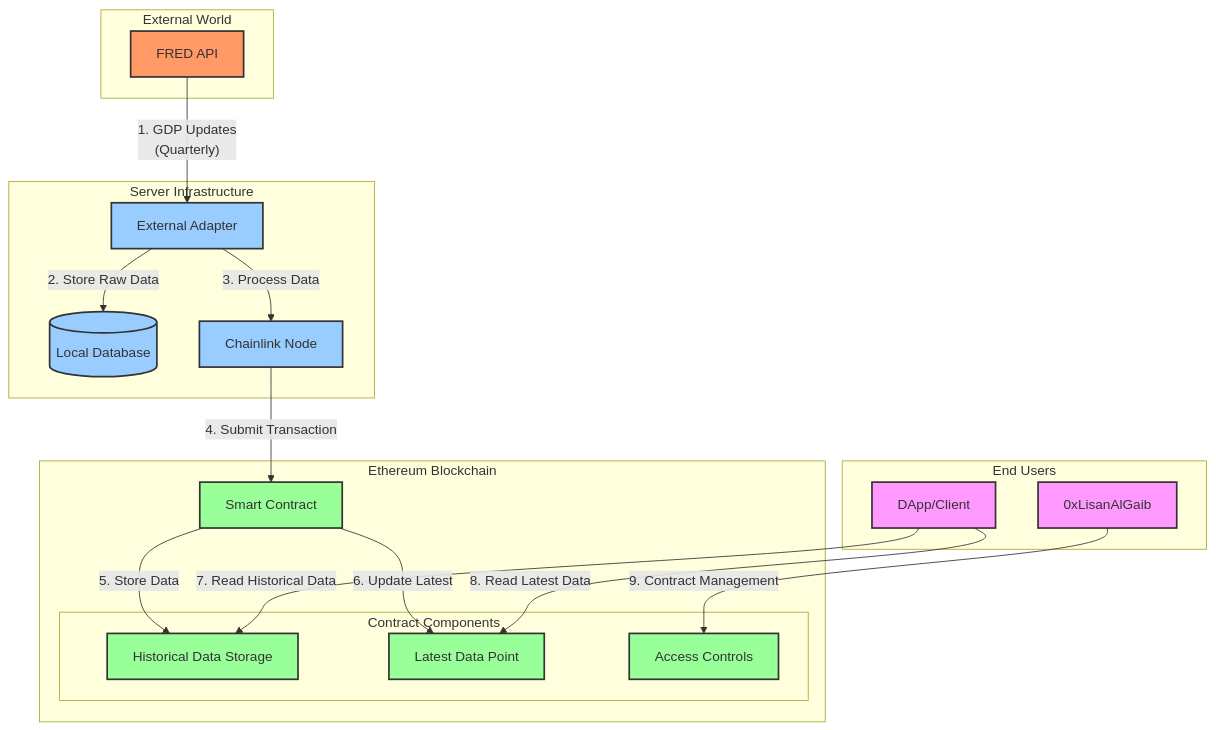
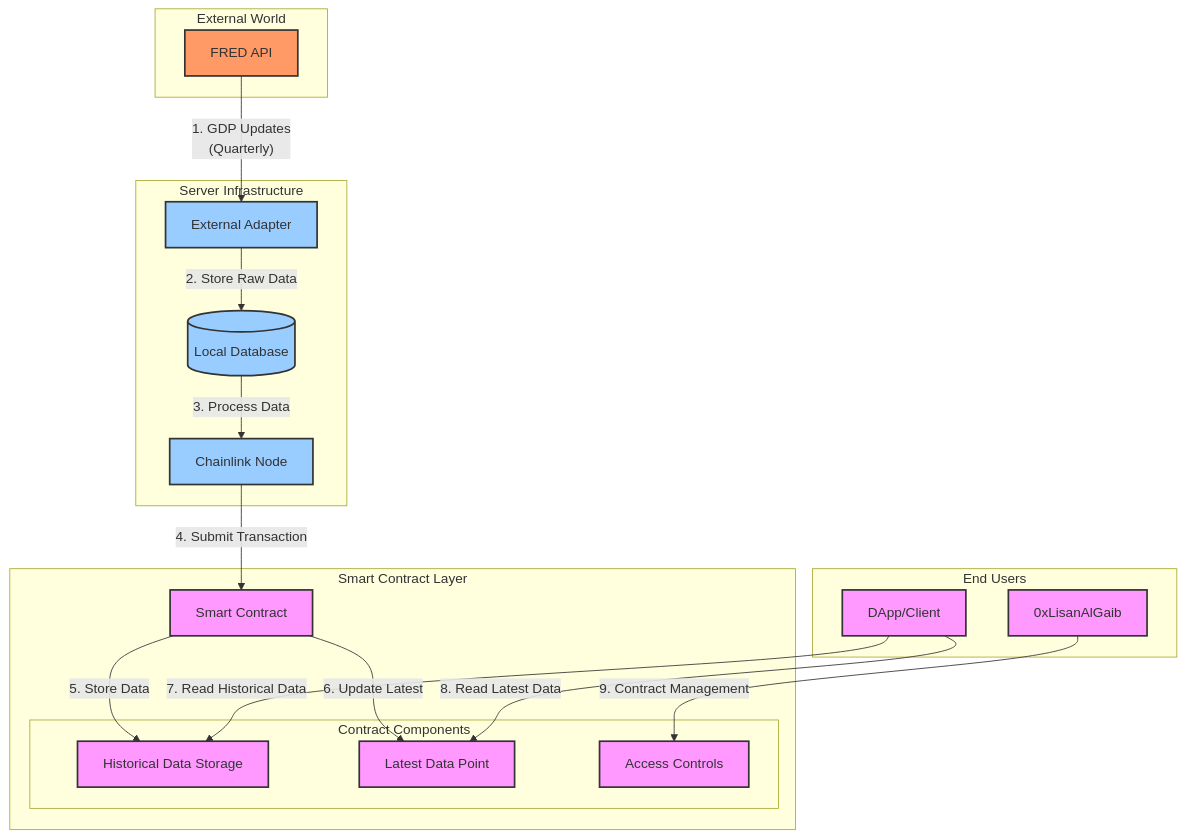
One commit to 0xLisanAlGaib/EconoSage changed the diagram in Architecture.md. Above: the diagram before and after it, drawn with Mermaid. The commit also changed 6 other files, not shown here.

````diff
--- a/Architecture.md
+++ b/Architecture.md
@@ -1,50 +1,50 @@
 ```mermaid
 flowchart TD
     subgraph External["External World"]
         FRED["FRED API"]
     end
 
     subgraph Server["Server Infrastructure"]
         EA["External Adapter"]
         DB[(Local Database)]
         CN["Chainlink Node"]
     end
 
-    subgraph Blockchain["Ethereum Blockchain"]
+    subgraph Blockchain["Smart Contract Layer"]
         SC["Smart Contract"]
         subgraph Contract["Contract Components"]
             HD["Historical Data Storage"]
             LD["Latest Data Point"]
             AC["Access Controls"]
         end
     end
 
     subgraph Users["End Users"]
         DApp["DApp/Client"]
         CON["0xLisanAlGaib"]
     end
 
     %% Data Flow
     FRED -->|"1. GDP Updates\n(Quarterly)"| EA
     EA -->|"2. Store Raw Data"| DB
-    EA -->|"3. Process Data"| CN
+    DB -->|"3. Process Data"| CN
     CN -->|"4. Submit Transaction"| SC
     SC -->|"5. Store Data"| HD
     SC -->|"6. Update Latest"| LD
-    
+
     %% User Interactions
     DApp -->|"7. Read Historical Data"| HD
     DApp -->|"8. Read Latest Data"| LD
     CON -->|"9. Contract Management"| AC
-    
+
     %% Styling
     classDef external fill:#f96,stroke:#333,stroke-width:2px
     classDef server fill:#9cf,stroke:#333,stroke-width:2px
-    classDef blockchain fill:#9f9,stroke:#333,stroke-width:2px
+    classDef blockchain fill:#f9f,stroke:#333,stroke-width:2px
     classDef users fill:#f9f,stroke:#333,stroke-width:2px
-    
+
     class FRED external
     class EA,DB,CN server
     class SC,HD,LD,AC blockchain
     class DApp,CON users
-``` 
+```
````
